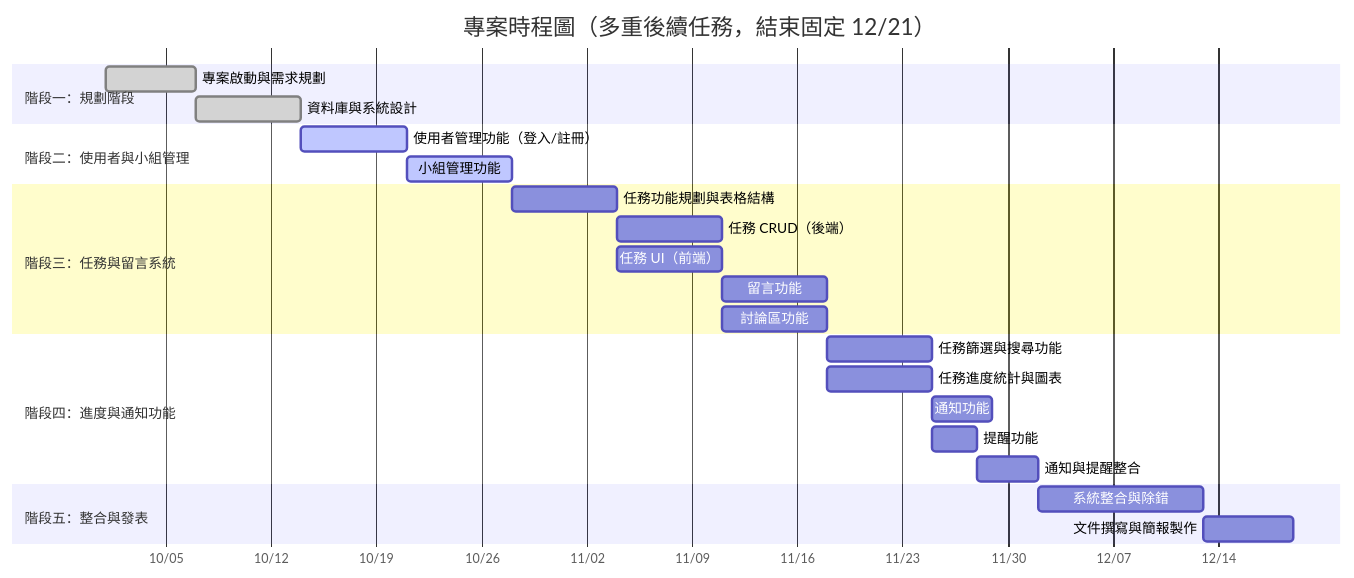
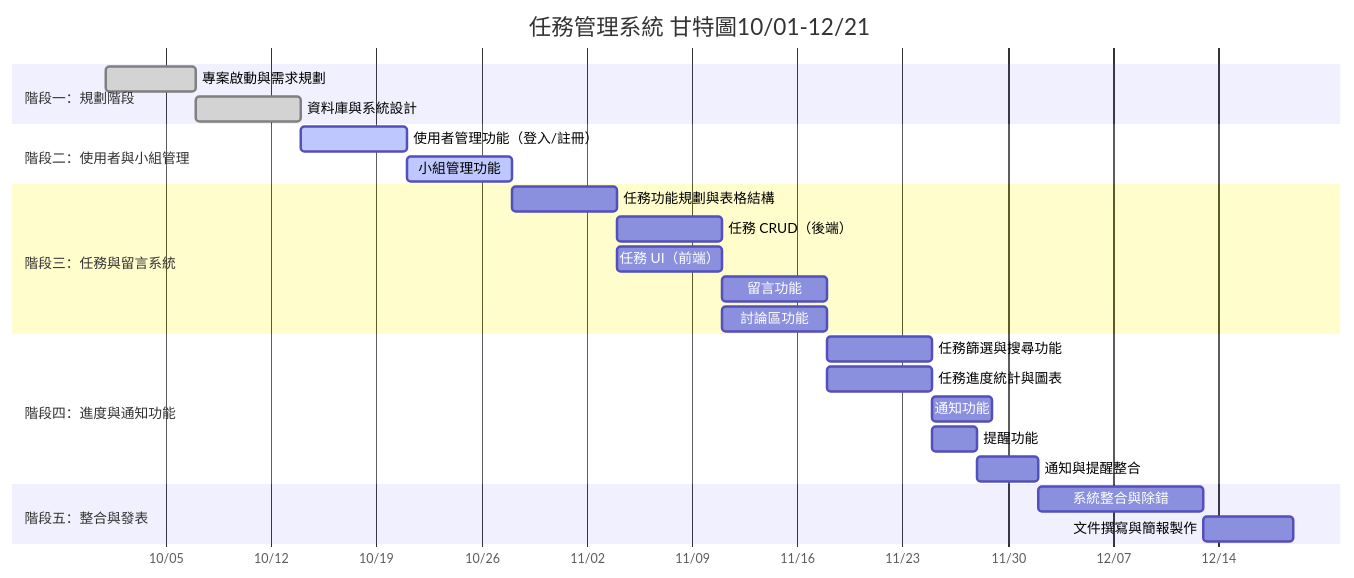
The first of 2 diagrams in schedule.md (zhuang147/Task-Management), drawn with Mermaid before and after one commit. The commit also changed other lines of this file, not shown here.

````diff
--- a/schedule.md
+++ b/schedule.md
@@ -39,37 +39,37 @@
 ```mermaid
 gantt
-    title 專案時程圖（多重後續任務，結束固定 12/21）
+    title 任務管理系統 甘特圖10/01-12/21
     dateFormat MM-DD
     axisFormat %m/%d
 
     %% 狀態說明：
     %% done: 灰色 (已完成)
     %% active: 深藍框淺藍底 (正在進行)
     %% 未指定: 預設顏色 (未開始)
 
     section 階段一：規劃階段
     專案啟動與需求規劃           :done, a1, 10-01, 6d
     資料庫與系統設計             :done, a2, 10-07, 7d
 
     section 階段二：使用者與小組管理
     使用者管理功能（登入/註冊）    :active, b1, 10-14, 7d
     小組管理功能                 :active, b2, 10-21, 7d
 
     section 階段三：任務與留言系統
     任務功能規劃與表格結構          :c1, 10-28, 7d
     任務 CRUD（後端）            :c2a, 11-04, 7d
     任務 UI（前端）               :c2b, 11-04, 7d
     留言功能                     :c3a, 11-11, 7d
     討論區功能                   :c3b, 11-11, 7d
 
     section 階段四：進度與通知功能
     任務篩選與搜尋功能             :d1, 11-18, 7d
     任務進度統計與圖表             :d2, 11-18, 7d
     通知功能                     :d3a, 11-25, 4d
     提醒功能                     :d3b, 11-25, 3d
     通知與提醒整合                :d3c, 11-28, 4d
 
     section 階段五：整合與發表
     系統整合與除錯                :e1, 12-02, 11d
     文件撰寫與簡報製作             :e2, 12-13, 6d
 ```
````
